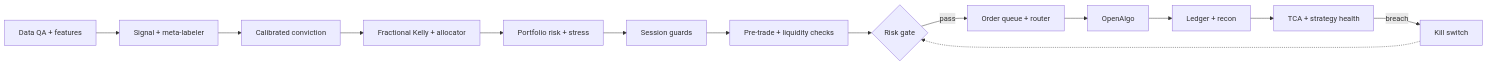
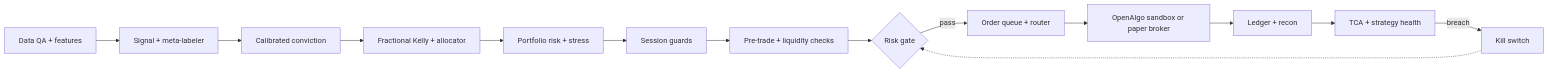
Before and after one commit to Ravindhu/Algo-Pro: the diagram in docs/quant_system_flow_v5.md, drawn with Mermaid. The commit also changed other lines of this file and 8 other files, not shown here.

First line of the commit message:
feat(bot): phase 3 5-min strategy bot (paper and analyze), live bars, flow doc

````diff
--- a/docs/quant_system_flow_v5.md
+++ b/docs/quant_system_flow_v5.md
@@ -179,15 +182,15 @@
 ```mermaid
 flowchart LR
     A[Data QA + features] --> B[Signal + meta-labeler]
     B --> C[Calibrated conviction]
     C --> D[Fractional Kelly + allocator]
     D --> E[Portfolio risk + stress]
     E --> F[Session guards]
     F --> G[Pre-trade + liquidity checks]
     G --> H{Risk gate}
     H -->|pass| I[Order queue + router]
-    I --> J[OpenAlgo]
+    I --> J[OpenAlgo sandbox or paper broker]
     J --> K[Ledger + recon]
     K --> L[TCA + strategy health]
     L -->|breach| M[Kill switch] -.-> H
 ```
````
